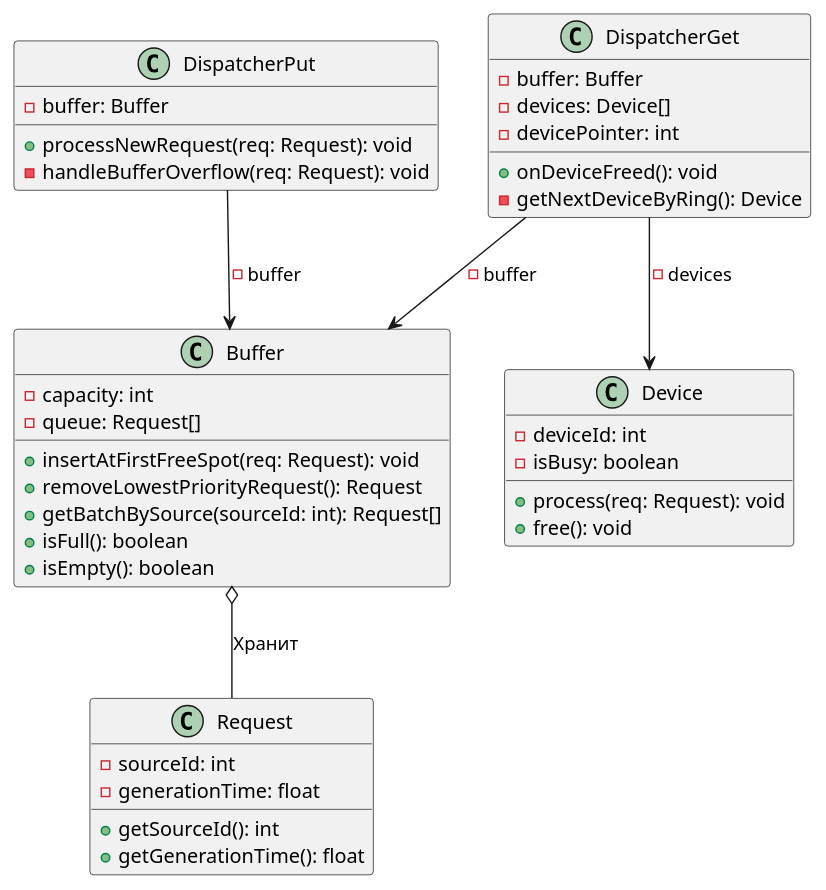
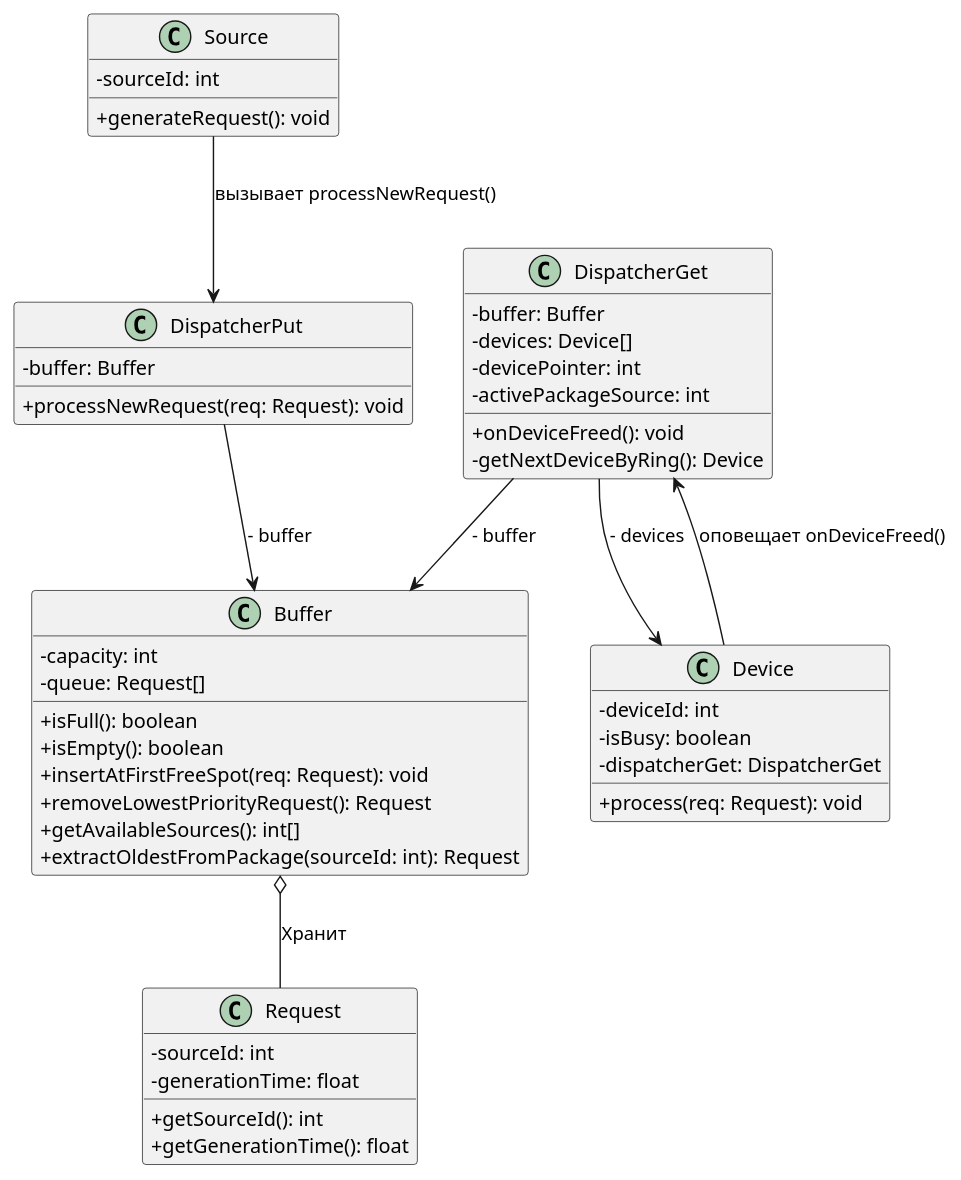
The diagram in docs/classes.puml (IvanIgnashin7D/APS), drawn with PlantUML before and after one commit. The commit also changed 3 other files, not shown here.

Commit message:
обновленная диаграмма с правками после очной сдачи

```diff
--- a/docs/classes.puml
+++ b/docs/classes.puml
@@ -1,44 +1,55 @@
-@startuml classes
+@startuml classes_multi_class
+skinparam classAttributeIconSize 0
+
 class Request {
   - sourceId: int
   - generationTime: float
   + getSourceId(): int
   + getGenerationTime(): float
 }
 
+class Source {
+  - sourceId: int
+  + generateRequest(): void
+}
+
 class Buffer {
   - capacity: int
   - queue: Request[]
+  + isFull(): boolean
+  + isEmpty(): boolean
   + insertAtFirstFreeSpot(req: Request): void
   + removeLowestPriorityRequest(): Request
-  + getBatchBySource(sourceId: int): Request[]
-  + isFull(): boolean
-  + isEmpty(): boolean
+  + getAvailableSources(): int[]
+  + extractOldestFromPackage(sourceId: int): Request
 }
 
 class DispatcherPut {
   - buffer: Buffer
   + processNewRequest(req: Request): void
-  - handleBufferOverflow(req: Request): void
 }
 
 class DispatcherGet {
   - buffer: Buffer
   - devices: Device[]
   - devicePointer: int
+  - activePackageSource: int
   + onDeviceFreed(): void
   - getNextDeviceByRing(): Device
 }
 
 class Device {
   - deviceId: int
   - isBusy: boolean
+  - dispatcherGet: DispatcherGet
   + process(req: Request): void
-  + free(): void
 }
 
+Source --> DispatcherPut : "вызывает processNewRequest()"
 DispatcherPut --> Buffer : "- buffer"
 DispatcherGet --> Buffer : "- buffer"
 DispatcherGet --> Device : "- devices"
+Device --> DispatcherGet : "оповещает onDeviceFreed()"
 Buffer o-- Request : "Хранит"
+
 @enduml
```
